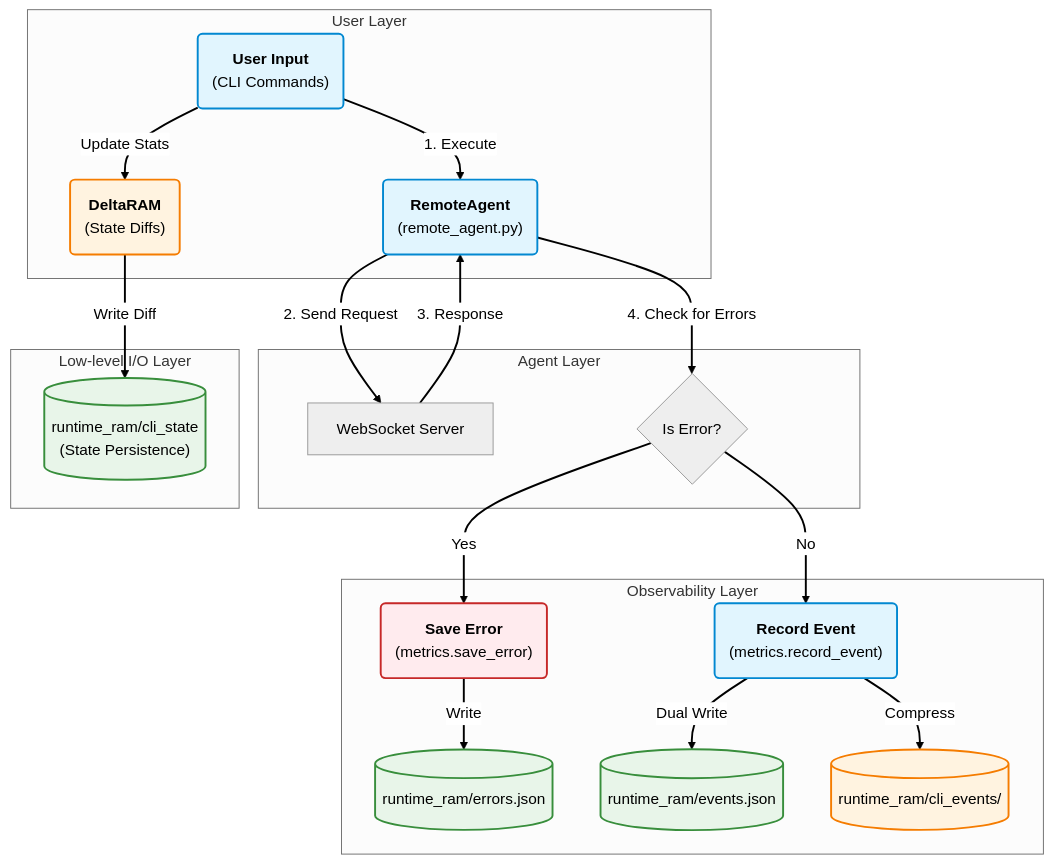
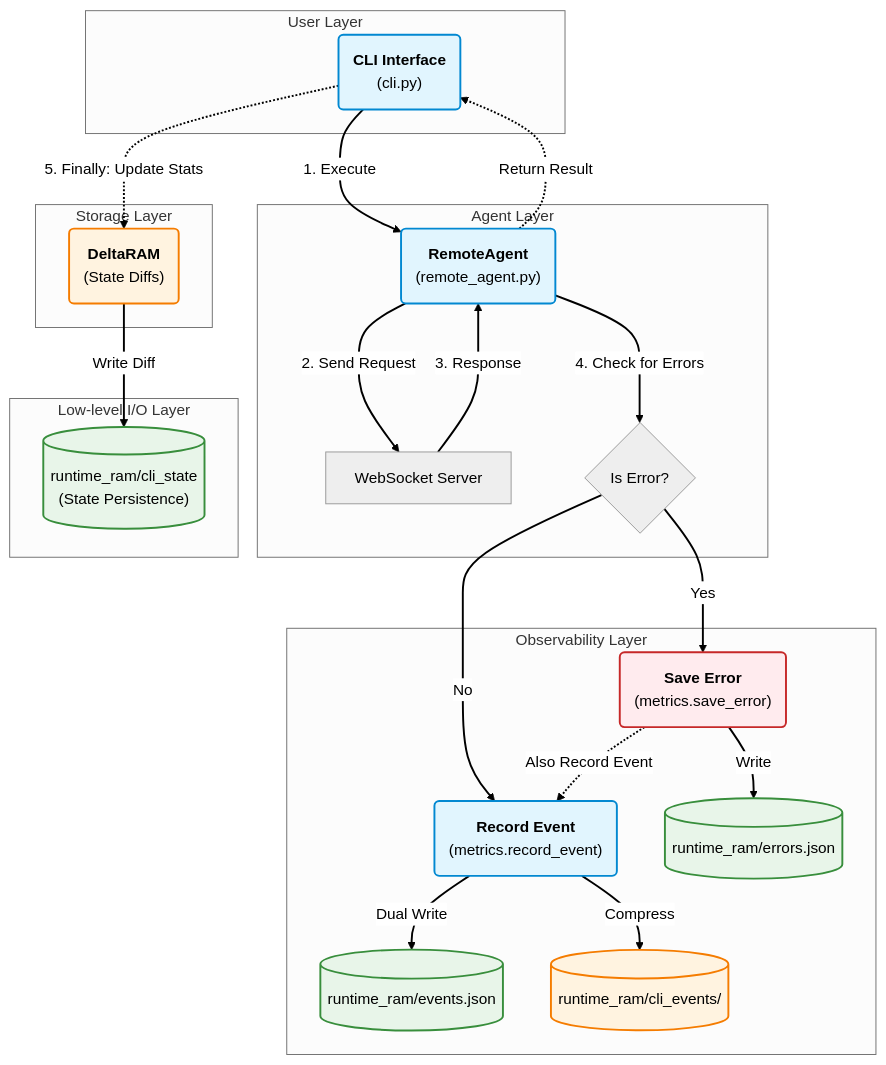
One commit to Procedura-Corp/procedura changed the diagram in docs/project_guide.md. Above: the diagram before and after it, drawn with Mermaid (neutral theme).

Commit message:
docs: update Workflow Diagram

````diff
--- a/docs/project_guide.md
+++ b/docs/project_guide.md
@@ -141,36 +141,45 @@
 ```mermaid
 graph TD
     %% Define Styles
     classDef process fill:#e1f5fe,stroke:#0288d1,stroke-width:2px;
     classDef storage fill:#fff3e0,stroke:#f57c00,stroke-width:2px;
     classDef io fill:#e8f5e9,stroke:#388e3c,stroke-width:2px;
     classDef error fill:#ffebee,stroke:#c62828,stroke-width:2px;
 
     subgraph User_Layer [User Layer]
-        A("<b>User Input</b><br/>(CLI Commands)"):::process -->|1. Execute| B
-        A -->|Update Stats| Delta("<b>DeltaRAM</b><br/>(State Diffs)"):::storage
+        CLI("<b>CLI Interface</b><br/>(cli.py)"):::process
     end
 
     subgraph Agent_Layer [Agent Layer]
-        B("<b>RemoteAgent</b><br/>(remote_agent.py)"):::process
-        B -->|"2. Send Request"| Server["WebSocket Server"]
-        Server -->|"3. Response"| B
-        B -->|"4. Check for Errors"| ErrorCheck{Is Error?}
+        Agent("<b>RemoteAgent</b><br/>(remote_agent.py)"):::process
+        CLI -->|1. Execute| Agent
+        Agent -->|"2. Send Request"| Server["WebSocket Server"]
+        Server -->|"3. Response"| Agent
+        Agent -->|"4. Check for Errors"| ErrorCheck{Is Error?}
+        Agent -.->|"Return Result"| CLI
     end
 
     subgraph Observability_Layer [Observability Layer]
         ErrorCheck -- Yes --> LogError("<b>Save Error</b><br/>(metrics.save_error)"):::error
         ErrorCheck -- No --> LogEvent("<b>Record Event</b><br/>(metrics.record_event)"):::process
         
         LogError -->|"Write"| ErrorFile[("runtime_ram/errors.json")]:::io
+        LogError -.->|"Also Record Event"| LogEvent
         LogEvent -->|"Dual Write"| EventFile[("runtime_ram/events.json")]:::io
         LogEvent -->|"Compress"| BitStream[("runtime_ram/cli_events/")]:::storage
+    end
+
+    subgraph Storage_Layer [Storage Layer]
+        Delta("<b>DeltaRAM</b><br/>(State Diffs)"):::storage
     end
 
     subgraph IO_Layer [Low-level I/O Layer]
         Delta -->|"Write Diff"| D_Out[("runtime_ram/cli_state<br/>(State Persistence)")]:::io
     end
 
     %% Link Styles
     linkStyle default stroke-width:2px,fill:none,stroke:black;
+    
+    %% Update Stats happens finally from CLI
+    CLI -.-> |"5. Finally: Update Stats"| Delta
 ```
````
